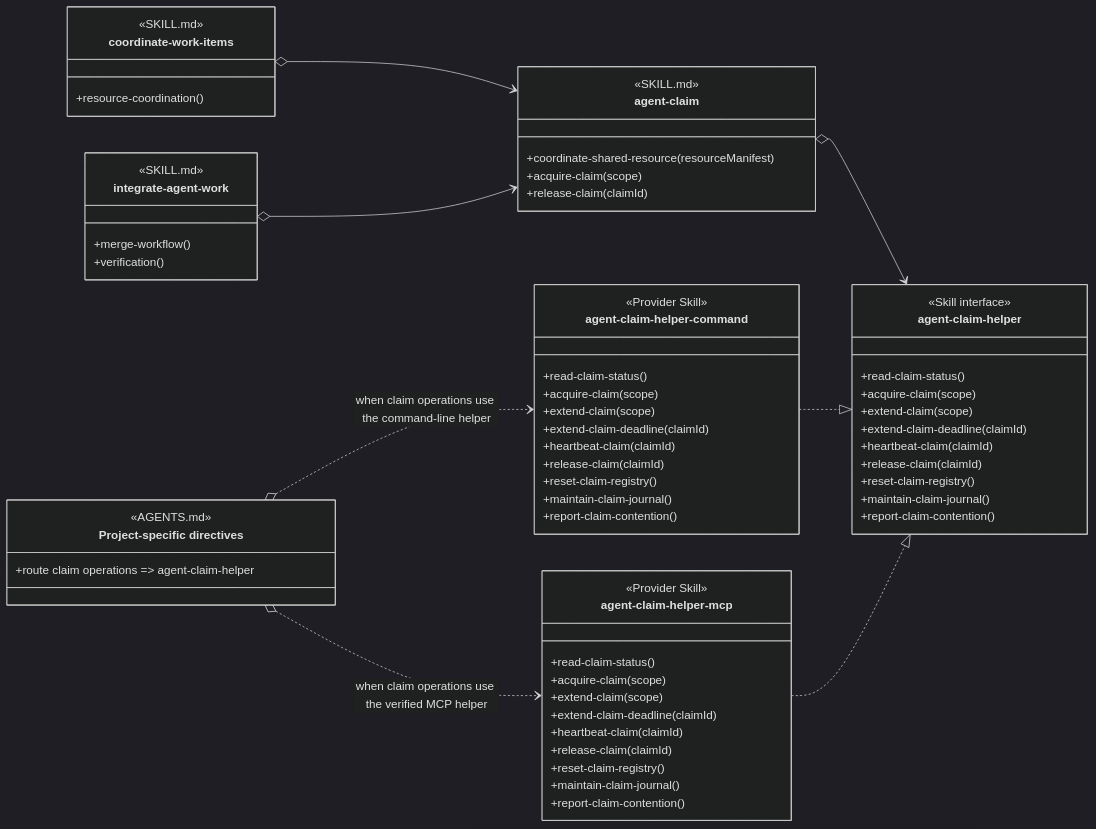
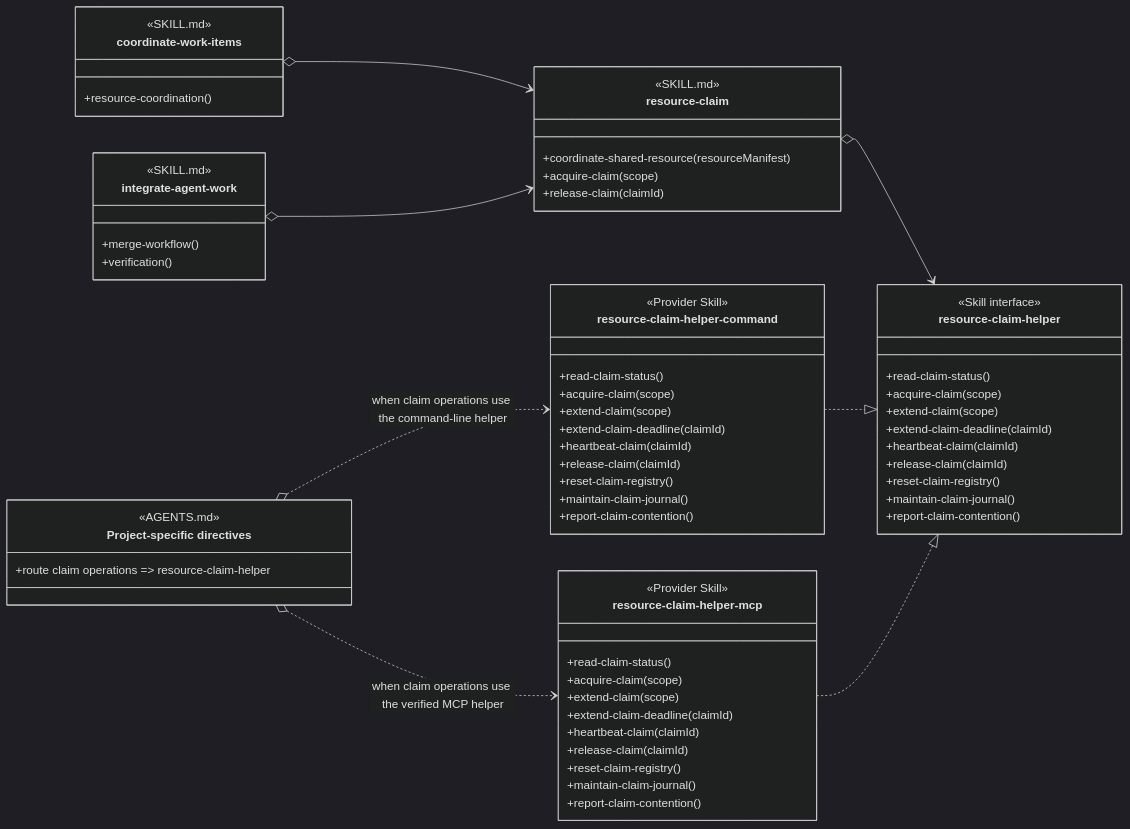
Before and after one commit to martinbechard/dev-methodology: the seventh of 8 diagrams in design/skill-groups/concurrent-tasking.md, drawn with Mermaid (dark theme). The commit also changed other lines of this file and 136 other files, not shown here.

Commit message:
Rename agent claim family to resource claim

````diff
--- a/design/skill-groups/concurrent-tasking.md
+++ b/design/skill-groups/concurrent-tasking.md
@@ -535,77 +535,77 @@
 ```mermaid
 classDiagram
     direction LR
 
     class coordinate-work-items {
         <<SKILL.md>>
         <<Agent Skill>>
         +resource-coordination()
     }
 
     class integrate-agent-work {
         <<SKILL.md>>
         <<Agent Skill>>
         +merge-workflow()
         +verification()
     }
 
     class project-specific-directives["Project-specific directives"] {
         <<AGENTS.md>>
         <<routing>>
-        +route claim operations => agent-claim-helper
+        +route claim operations => resource-claim-helper
     }
 
-    class agent-claim {
+    class resource-claim {
         <<SKILL.md>>
         +coordinate-shared-resource(resourceManifest)
         +acquire-claim(scope)
         +release-claim(claimId)
     }
 
-    class ClaimHelper["agent-claim-helper"] {
+    class ClaimHelper["resource-claim-helper"] {
         <<Skill interface>>
         +read-claim-status()
         +acquire-claim(scope)
         +extend-claim(scope)
         +extend-claim-deadline(claimId)
         +heartbeat-claim(claimId)
         +release-claim(claimId)
         +reset-claim-registry()
         +maintain-claim-journal()
         +report-claim-contention()
     }
 
-    class agent-claim-helper-command {
+    class resource-claim-helper-command {
         <<Provider Skill>>
         +read-claim-status()
         +acquire-claim(scope)
         +extend-claim(scope)
         +extend-claim-deadline(claimId)
         +heartbeat-claim(claimId)
         +release-claim(claimId)
         +reset-claim-registry()
         +maintain-claim-journal()
         +report-claim-contention()
     }
 
-    class agent-claim-helper-mcp {
+    class resource-claim-helper-mcp {
         <<Provider Skill>>
         +read-claim-status()
         +acquire-claim(scope)
         +extend-claim(scope)
         +extend-claim-deadline(claimId)
         +heartbeat-claim(claimId)
         +release-claim(claimId)
         +reset-claim-registry()
         +maintain-claim-journal()
         +report-claim-contention()
     }
 
-    project-specific-directives o..> agent-claim-helper-command : when claim operations use the command-line helper
-    project-specific-directives o..> agent-claim-helper-mcp : when claim operations use the verified MCP helper
-    coordinate-work-items o--> agent-claim
-    integrate-agent-work o--> agent-claim
-    agent-claim o--> ClaimHelper
-    agent-claim-helper-command ..|> ClaimHelper
-    agent-claim-helper-mcp ..|> ClaimHelper
+    project-specific-directives o..> resource-claim-helper-command : when claim operations use the command-line helper
+    project-specific-directives o..> resource-claim-helper-mcp : when claim operations use the verified MCP helper
+    coordinate-work-items o--> resource-claim
+    integrate-agent-work o--> resource-claim
+    resource-claim o--> ClaimHelper
+    resource-claim-helper-command ..|> ClaimHelper
+    resource-claim-helper-mcp ..|> ClaimHelper
 ```
````
